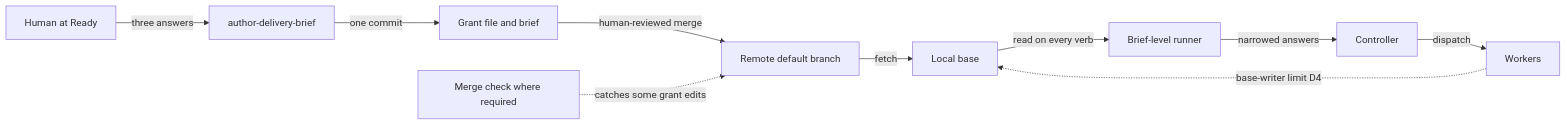
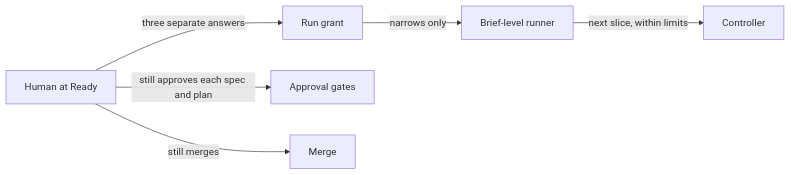
The diagram in docs/rfc/0113-run-grant-at-brief-ready.md (eugenelim/agent-ready-repo), drawn with Mermaid before and after one commit. The commit also changed other lines of this file, not shown here.

````diff
--- a/docs/rfc/0113-run-grant-at-brief-ready.md
+++ b/docs/rfc/0113-run-grant-at-brief-ready.md
@@ -80,12 +64,8 @@
 ```mermaid
 flowchart LR
-  H[Human at Ready] -->|three answers| S[author-delivery-brief]
-  S -->|one commit| G[Grant file and brief]
-  G -->|human-reviewed merge| O[Remote default branch]
-  O -->|fetch| B[Local base]
-  B -->|read on every verb| R[Brief-level runner]
-  R -->|narrowed answers| C[Controller]
-  C -->|dispatch| W[Workers]
-  M[Merge check where required] -.->|catches some grant edits| O
-  W -.->|base-writer limit D4| B
+  H[Human at Ready] -->|three separate answers| G[Run grant]
+  G -->|narrows only| R[Brief-level runner]
+  R -->|next slice, within limits| C[Controller]
+  H -->|still approves each spec and plan| A[Approval gates]
+  H -->|still merges| M[Merge]
 ```
````
